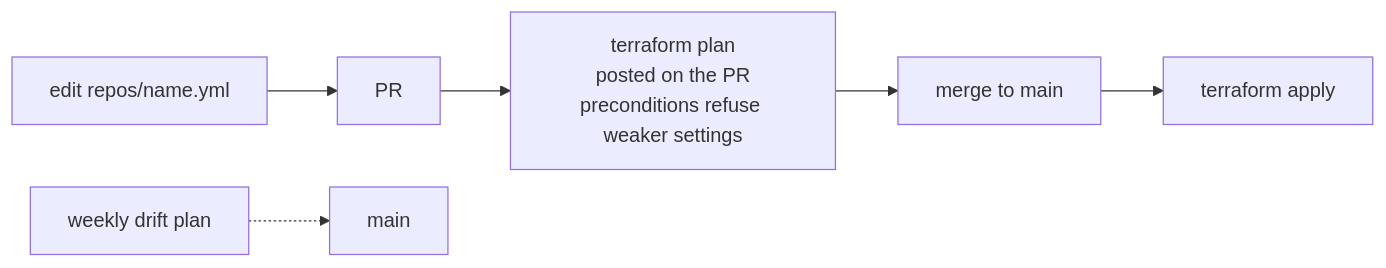
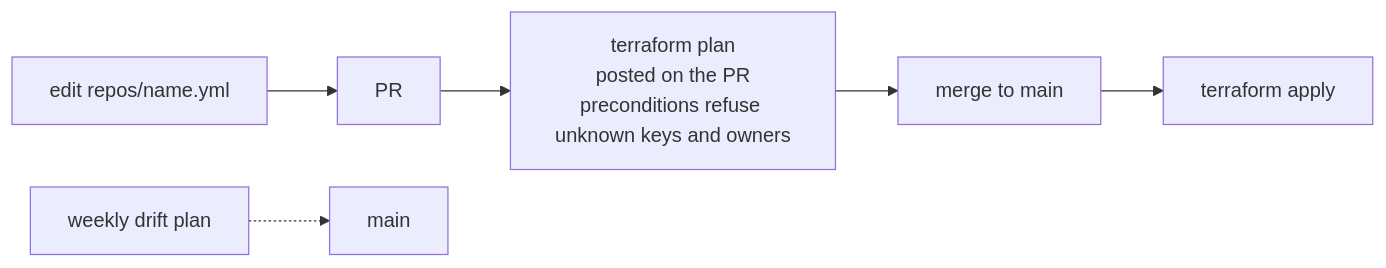
One commit to zimmertr/yggdrasil changed the second of 2 diagrams in docs/ARCHITECTURE.md. Above: the diagram before and after it, drawn with Mermaid. The commit also changed other lines of this file and 34 other files, not shown here.

````diff
--- a/docs/ARCHITECTURE.md
+++ b/docs/ARCHITECTURE.md
@@ -53,8 +54,8 @@
 ```mermaid
 flowchart LR
   edit["edit repos/name.yml"] --> pr["PR"]
-  pr --> plan["terraform plan<br/>posted on the PR<br/>preconditions refuse weaker settings"]
+  pr --> plan["terraform plan<br/>posted on the PR<br/>preconditions refuse unknown keys and owners"]
   plan --> merge["merge to main"]
   merge --> apply["terraform apply"]
   weekly["weekly drift plan"] -.-> main["main"]
 ```
````
